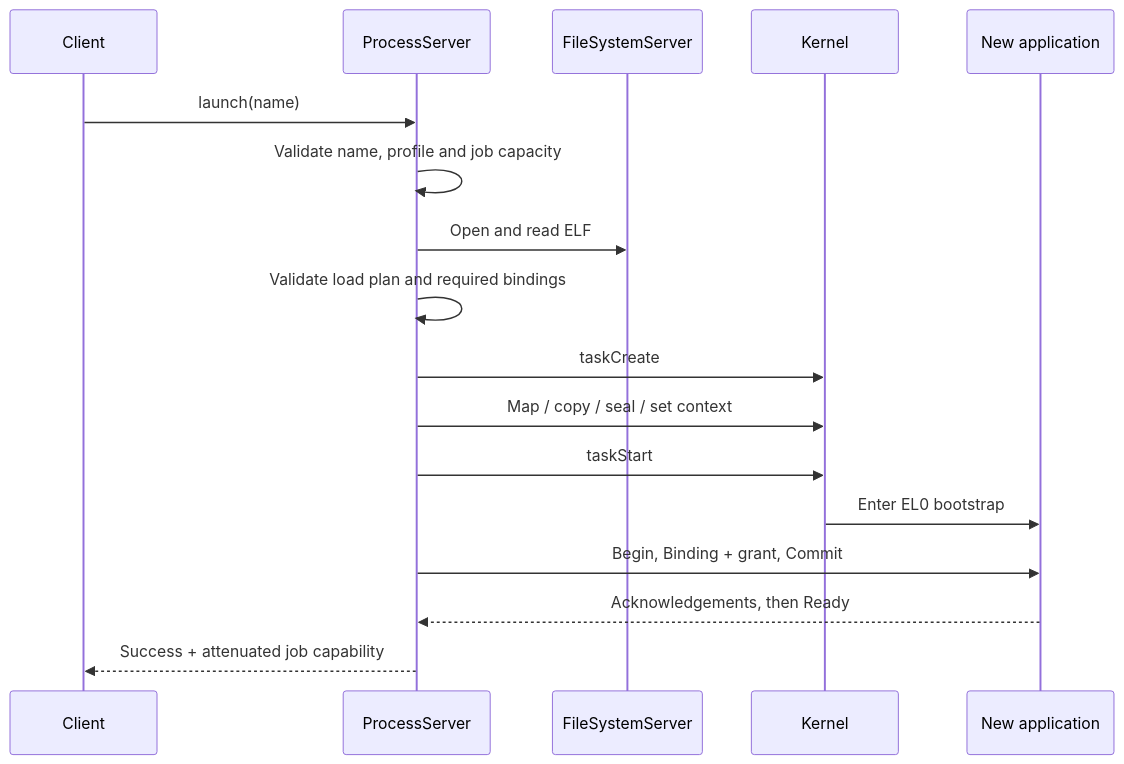
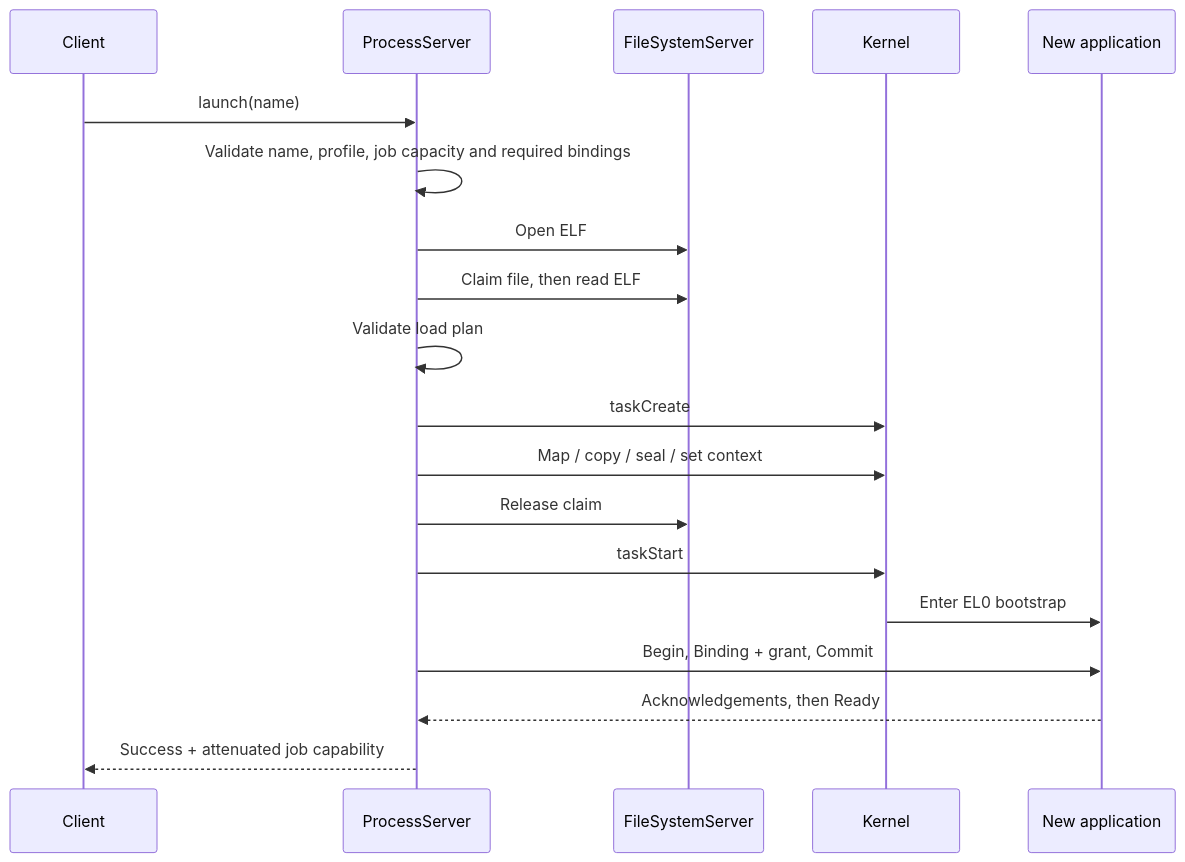
The diagram in Docs/Userland/ProcessLaunch.md (eliorodr2104/ReixOS), drawn with Mermaid before and after one commit. The commit also changed other lines of this file and 10 other files, not shown here.

````diff
--- a/Docs/Userland/ProcessLaunch.md
+++ b/Docs/Userland/ProcessLaunch.md
@@ -11,19 +11,21 @@
 ```mermaid
 sequenceDiagram
     participant C as Client
     participant P as ProcessServer
     participant F as FileSystemServer
     participant K as Kernel
     participant A as New application
     C->>P: launch(name)
-    P->>P: Validate name, profile and job capacity
-    P->>F: Open and read ELF
-    P->>P: Validate load plan and required bindings
+    P->>P: Validate name, profile, job capacity and required bindings
+    P->>F: Open ELF
+    P->>F: Claim file, then read ELF
+    P->>P: Validate load plan
     P->>K: taskCreate
     P->>K: Map / copy / seal / set context
+    P->>F: Release claim
     P->>K: taskStart
     K->>A: Enter EL0 bootstrap
     P->>A: Begin, Binding + grant, Commit
     A-->>P: Acknowledgements, then Ready
     P-->>C: Success + attenuated job capability
 ```
````
